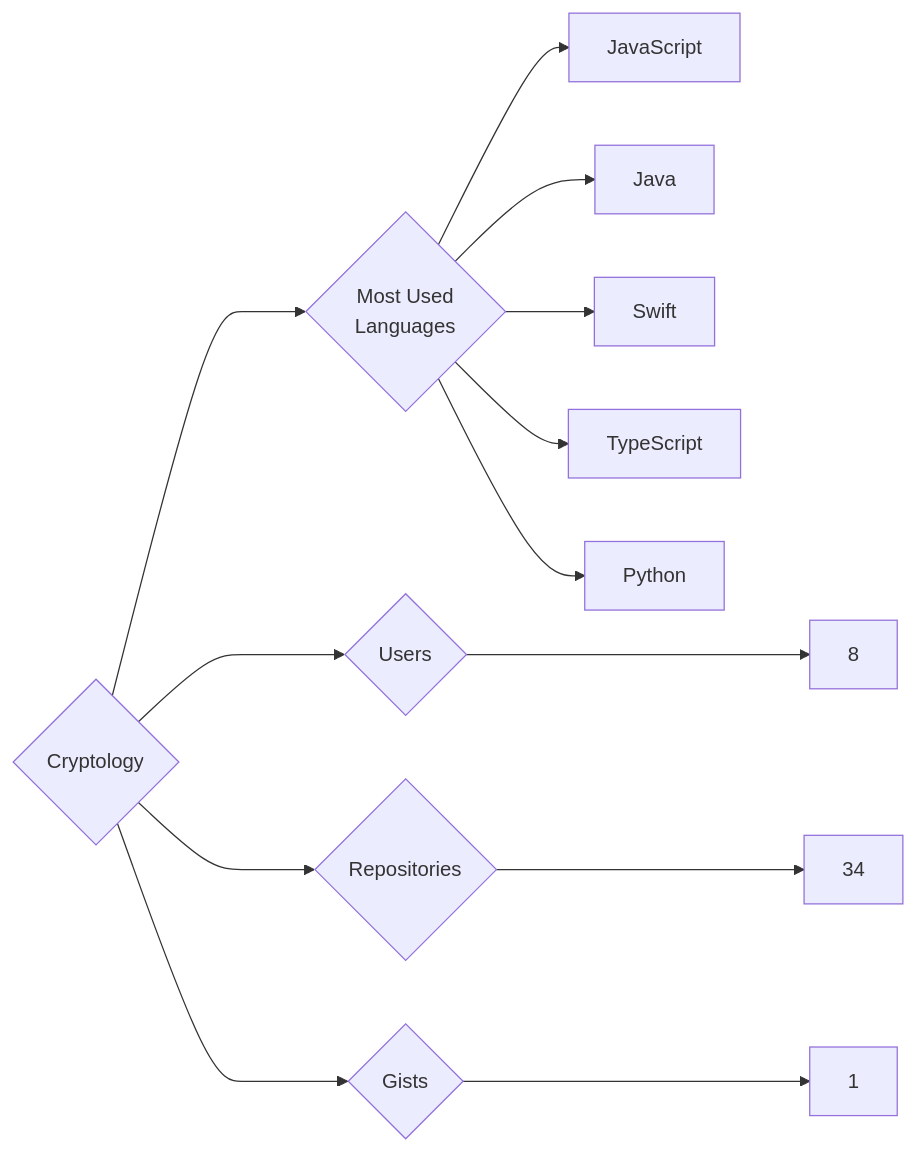
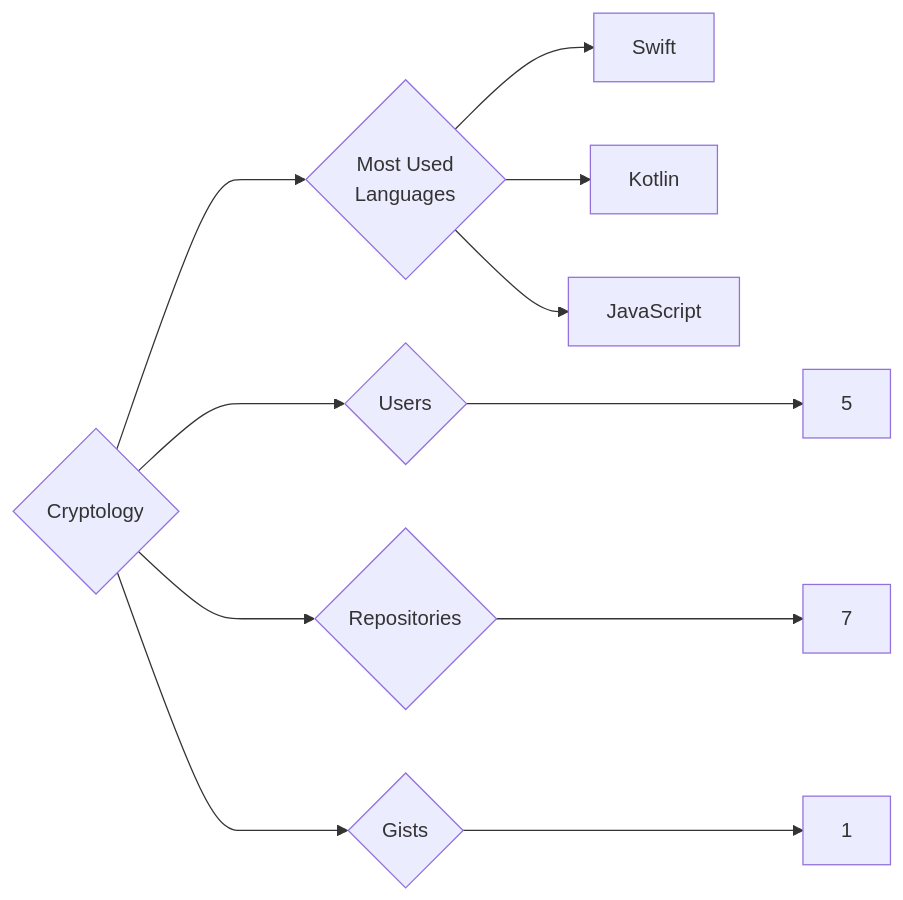
The diagram in targets/Cryptology/README.md (trickest/insiders), drawn with Mermaid before and after one commit. The commit also changed 1088 other files, not shown here.

````diff
--- a/targets/Cryptology/README.md
+++ b/targets/Cryptology/README.md
@@ -3,13 +3,11 @@
 ```mermaid
 graph LR
 COMPANY_NAME{Cryptology}
-COMPANY_NAME ---> U{Users} ---> UN[8]
-COMPANY_NAME ---> R{Repositories} ---> RN[34]
+COMPANY_NAME ---> U{Users} ---> UN[5]
+COMPANY_NAME ---> R{Repositories} ---> RN[7]
 COMPANY_NAME ---> G{Gists} ---> GN[1]
 COMPANY_NAME ---> ML{Most Used<br>Languages}
+ML --> Swift[Swift]
+ML --> Kotlin[Kotlin]
 ML --> JavaScript[JavaScript]
-ML --> Java[Java]
-ML --> Swift[Swift]
-ML --> TypeScript[TypeScript]
-ML --> Python[Python]
 ```
````
